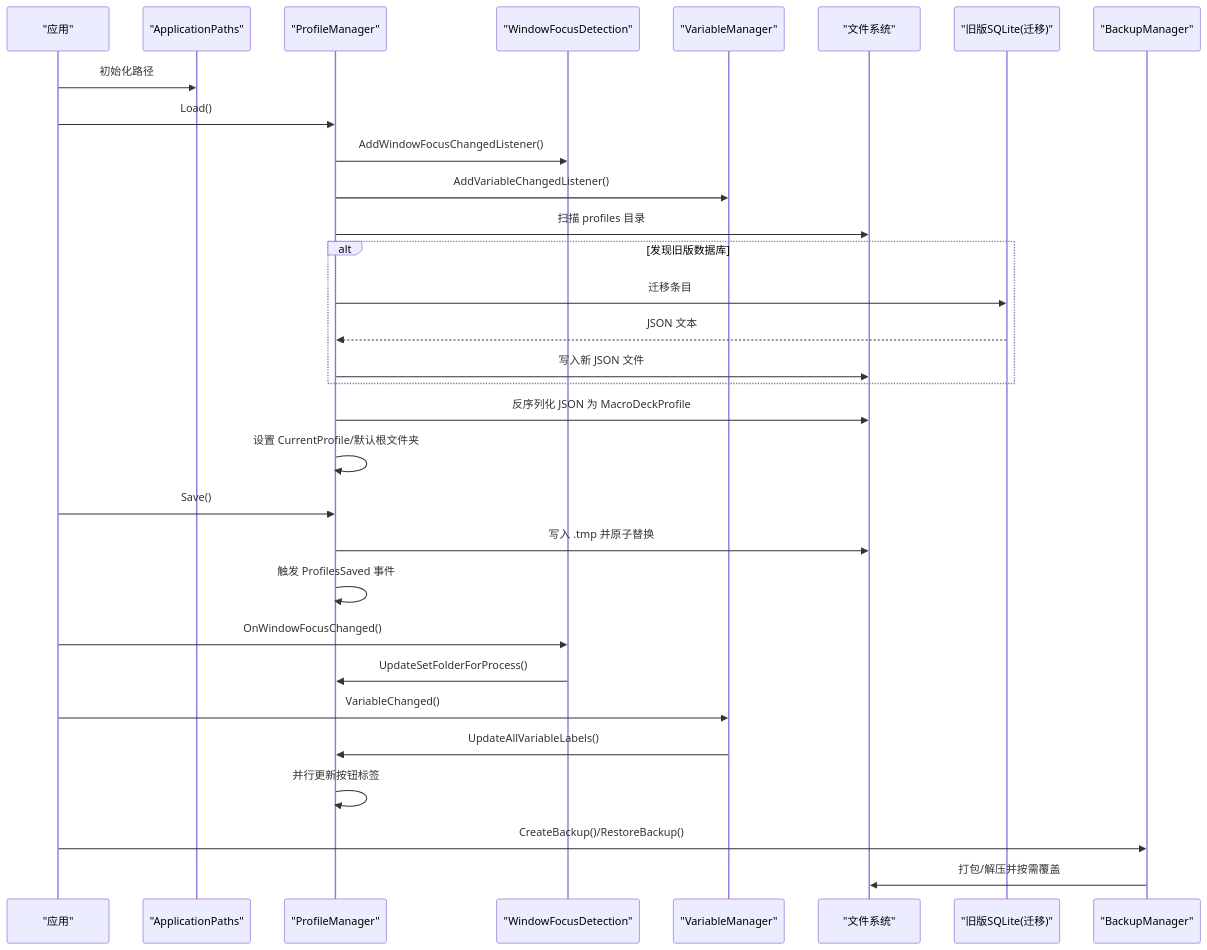
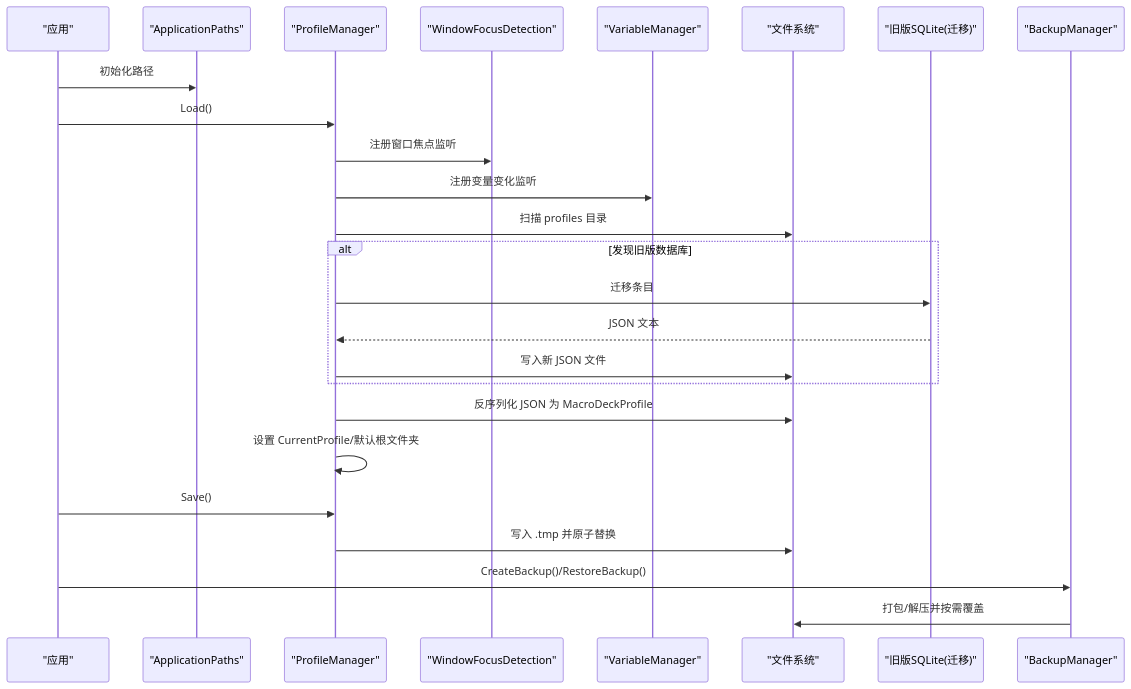
The second of 7 diagrams in .qoder/repowiki/zh/content/配置管理系统/配置文件管理.md (tea4go/Macro-Deck), drawn with Mermaid before and after one commit. The commit also changed other lines of this file and 63 other files, not shown here.

````diff
--- a/.qoder/repowiki/zh/content/配置管理系统/配置文件管理.md
+++ b/.qoder/repowiki/zh/content/配置管理系统/配置文件管理.md
@@ -145,33 +169,27 @@
 ```mermaid
 sequenceDiagram
 participant App as "应用"
 participant Paths as "ApplicationPaths"
 participant PM as "ProfileManager"
 participant WF as "WindowFocusDetection"
 participant VM as "VariableManager"
 participant FS as "文件系统"
 participant DB as "旧版SQLite(迁移)"
 participant BM as "BackupManager"
 App->>Paths : 初始化路径
 App->>PM : Load()
-PM->>WF : AddWindowFocusChangedListener()
-PM->>VM : AddVariableChangedListener()
+PM->>WF : 注册窗口焦点监听
+PM->>VM : 注册变量变化监听
 PM->>FS : 扫描 profiles 目录
 alt 发现旧版数据库
 PM->>DB : 迁移条目
 DB-->>PM : JSON 文本
 PM->>FS : 写入新 JSON 文件
 end
 PM->>FS : 反序列化 JSON 为 MacroDeckProfile
 PM->>PM : 设置 CurrentProfile/默认根文件夹
 App->>PM : Save()
 PM->>FS : 写入 .tmp 并原子替换
-PM->>PM : 触发 ProfilesSaved 事件
-App->>WF : OnWindowFocusChanged()
-WF->>PM : UpdateSetFolderForProcess()
-App->>VM : VariableChanged()
-VM->>PM : UpdateAllVariableLabels()
-PM->>PM : 并行更新按钮标签
 App->>BM : CreateBackup()/RestoreBackup()
 BM->>FS : 打包/解压并按需覆盖
 ```
````
